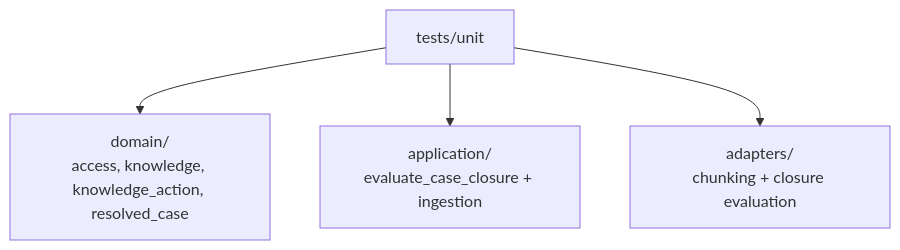
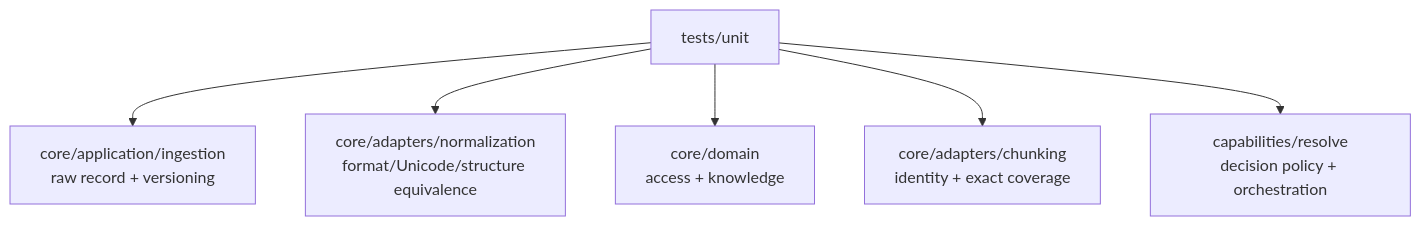
The fourth of 5 diagrams in docs/architecture/CODEBASE_MAP.md (kumarchandansingh/tropos), drawn with Mermaid before and after one commit. The commit also changed other lines of this file and 23 other files, not shown here.

First line of the commit message:
feat: add deterministic normalization and canonical versioning

````diff
--- a/docs/architecture/CODEBASE_MAP.md
+++ b/docs/architecture/CODEBASE_MAP.md
@@ -122,7 +157,9 @@
 ```mermaid
 flowchart TB
     Tests[tests/unit]
-    Tests --> Domain[domain/<br/>access, knowledge, knowledge_action, resolved_case]
-    Tests --> App[application/<br/>evaluate_case_closure + ingestion]
-    Tests --> Adapter[adapters/<br/>chunking + closure evaluation]
+    Tests --> RN[core/application/ingestion<br/>raw record + versioning]
+    Tests --> NN[core/adapters/normalization<br/>format/Unicode/structure equivalence]
+    Tests --> KD[core/domain<br/>access + knowledge]
+    Tests --> CH[core/adapters/chunking<br/>identity + exact coverage]
+    Tests --> RES[capabilities/resolve<br/>decision policy + orchestration]
 ```
````
